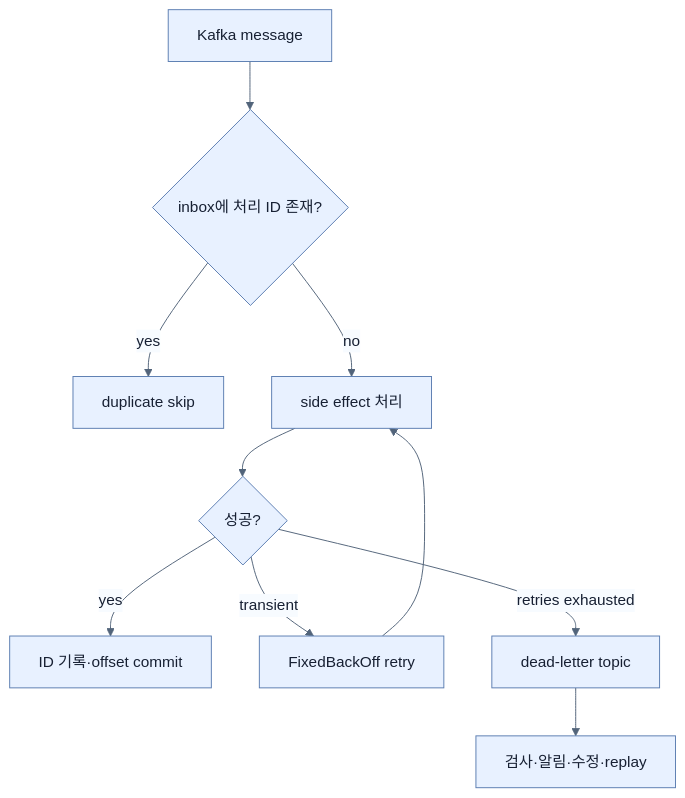
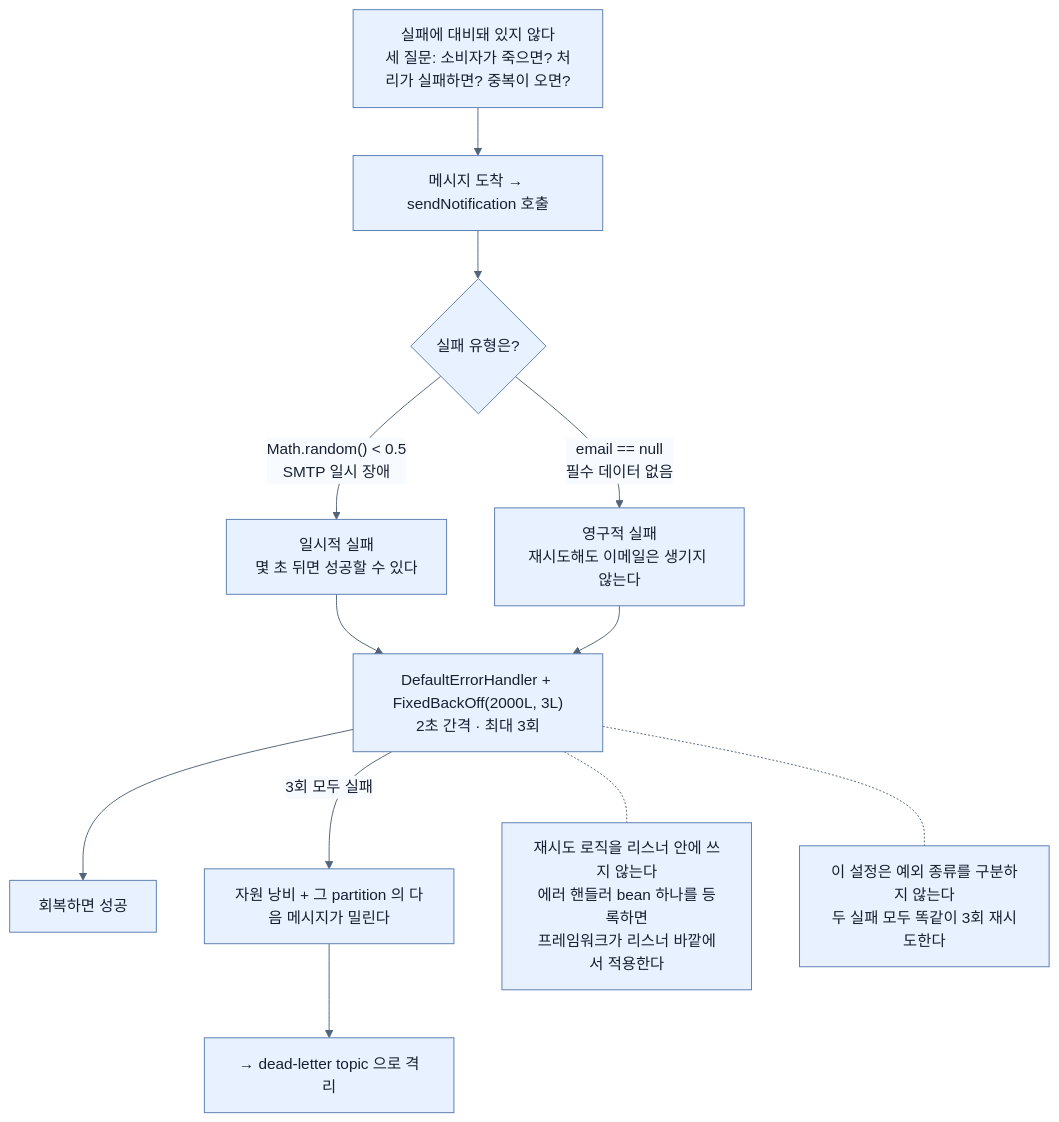
Before and after one commit to sing-u8/Learning_Spring_Boot_4: the diagram in spring-boot-4-pdf-notes/part-4-scaling-an-application-with-spring-boot/chapter-12-messaging-and-asynchronous-communication-in-spring-boot-4/05-reliability-patterns-retries-dlt-idempotency.md, drawn with Mermaid. The commit also changed other lines of this file and 253 other files, not shown here.

````diff
--- a/spring-boot-4-pdf-notes/part-4-scaling-an-application-with-spring-boot/chapter-12-messaging-and-asynchronous-communication-in-spring-boot-4/05-reliability-patterns-retries-dlt-idempotency.md
+++ b/spring-boot-4-pdf-notes/part-4-scaling-an-application-with-spring-boot/chapter-12-messaging-and-asynchronous-communication-in-spring-boot-4/05-reliability-patterns-retries-dlt-idempotency.md
@@ -34,13 +120,24 @@
 ```mermaid
 %%{init: {'theme': 'base', 'themeVariables': {'background': '#ffffff', 'primaryColor': '#e8f1ff', 'primaryTextColor': '#172033', 'primaryBorderColor': '#5b7db1', 'lineColor': '#52647a', 'secondaryColor': '#f7fbff', 'tertiaryColor': '#fff7df'}}}%%
-flowchart TD
-    M[Kafka message] --> I{inbox에 처리 ID 존재?}
-    I -- yes --> SK[duplicate skip]
-    I -- no --> P[side effect 처리]
-    P --> O{성공?}
-    O -- yes --> C[ID 기록·offset commit]
-    O -- transient --> R[FixedBackOff retry]
-    R --> P
-    O -- retries exhausted --> D[dead-letter topic]
-    D --> A[검사·알림·수정·replay]
+flowchart TB
+    Q["실패에 대비돼 있지 않다<br/>세 질문: 소비자가 죽으면? 처리가 실패하면? 중복이 오면?"]
+
+    Q --> MSG["메시지 도착 → sendNotification 호출"]
+    MSG --> FAIL{"실패 유형은?"}
+
+    FAIL -->|"Math.random() < 0.5<br/>SMTP 일시 장애"| T["일시적 실패<br/>몇 초 뒤면 성공할 수 있다"]
+    FAIL -->|"email == null<br/>필수 데이터 없음"| P["영구적 실패<br/>재시도해도 이메일은 생기지 않는다"]
+
+    T --> R["DefaultErrorHandler + FixedBackOff(2000L, 3L)<br/>2초 간격 · 최대 3회"]
+    R --> OK["회복하면 성공"]
+
+    P --> R
+    R -->|"3회 모두 실패"| WASTE["자원 낭비 + 그 partition 의 다음 메시지가 밀린다"]
+    WASTE --> NEXT["→ dead-letter topic 으로 격리"]
+
+    DESIGN["재시도 로직을 리스너 안에 쓰지 않는다<br/>에러 핸들러 bean 하나를 등록하면<br/>프레임워크가 리스너 바깥에서 적용한다"]
+    R -.- DESIGN
+
+    LIMIT["이 설정은 예외 종류를 구분하지 않는다<br/>두 실패 모두 똑같이 3회 재시도한다"]
+    R -.- LIMIT
 ```
````
